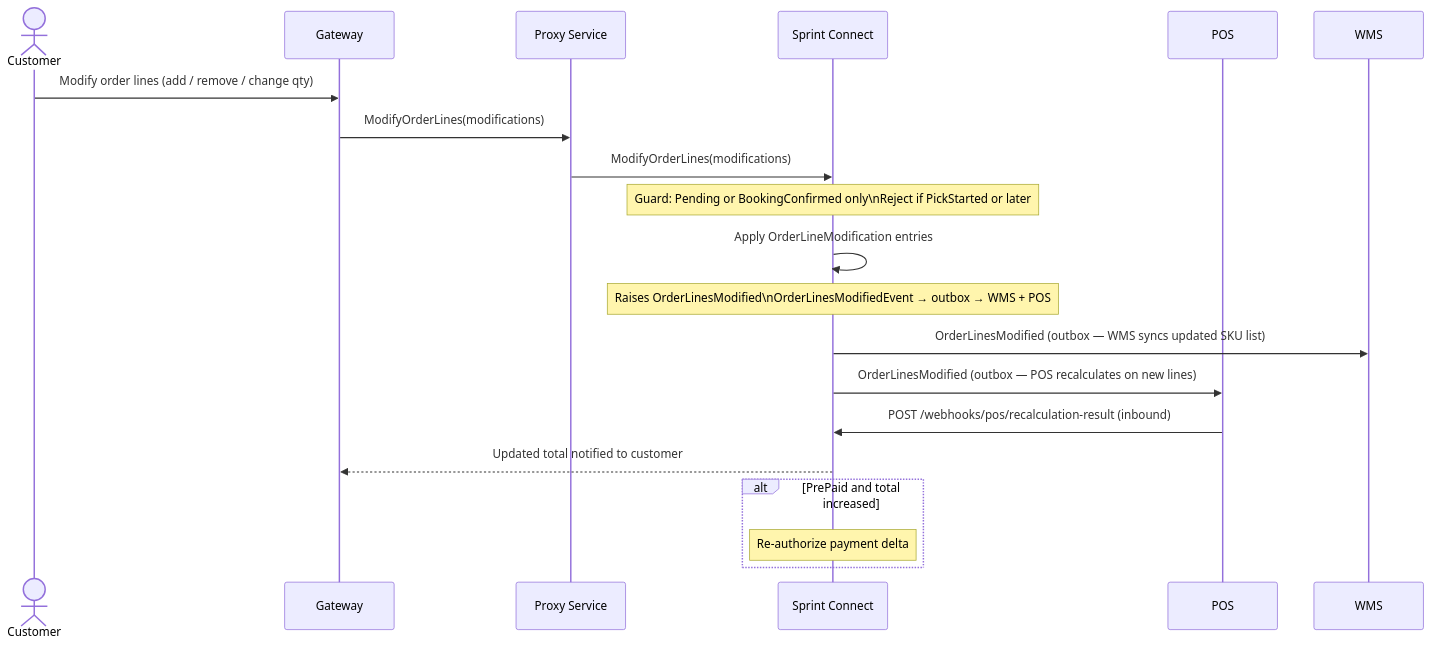
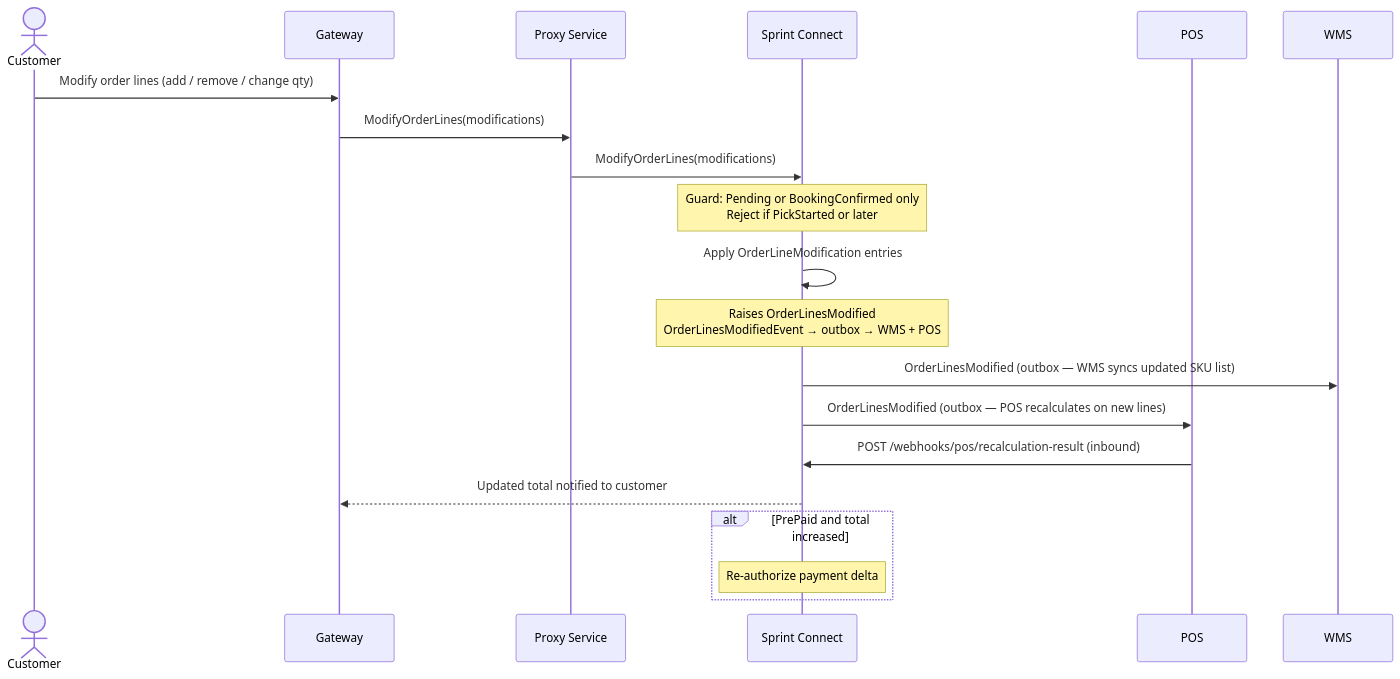
One commit to rosered11/personal-claude changed diagram 12 of 24 in result/oms-sequence-diagrams.md. Above: the diagram before and after it, drawn with Mermaid. The commit also changed other lines of this file and 7 other files, not shown here.

````diff
--- a/result/oms-sequence-diagrams.md
+++ b/result/oms-sequence-diagrams.md
@@ -448,25 +448,25 @@
 ```mermaid
 sequenceDiagram
     actor C as Customer
     participant GW as Gateway
     participant PS as Proxy Service
     participant SC as Sprint Connect
     participant POS as POS
 
     C->>GW: Modify order lines (add / remove / change qty)
     GW->>PS: ModifyOrderLines(modifications)
     PS->>SC: ModifyOrderLines(modifications)
-    Note over SC: Guard: Pending or BookingConfirmed only\nReject if PickStarted or later
+    Note over SC: Guard: Pending or BookingConfirmed only<br>Reject if PickStarted or later
 
     SC->>SC: Apply OrderLineModification entries
-    Note over SC: Raises OrderLinesModified\nOrderLinesModifiedEvent → outbox → WMS + POS
+    Note over SC: Raises OrderLinesModified<br>OrderLinesModifiedEvent → outbox → WMS + POS
 
     SC->>WMS: OrderLinesModified (outbox — WMS syncs updated SKU list)
     SC->>POS: OrderLinesModified (outbox — POS recalculates on new lines)
     POS->>SC: POST /webhooks/pos/recalculation-result (inbound)
     SC-->>GW: Updated total notified to customer
 
     alt PrePaid and total increased
         Note over SC: Re-authorize payment delta
     end
 ```
````
